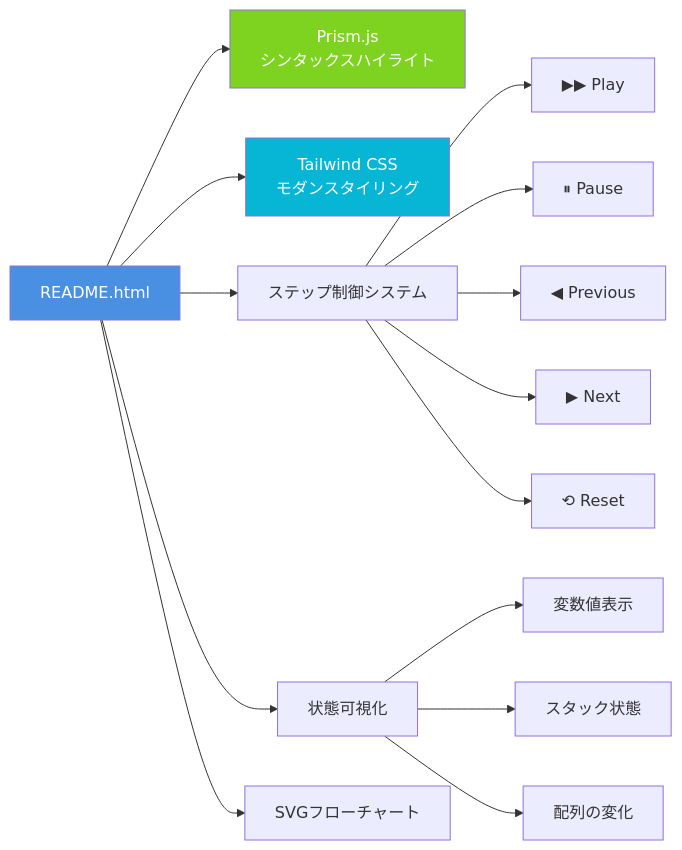
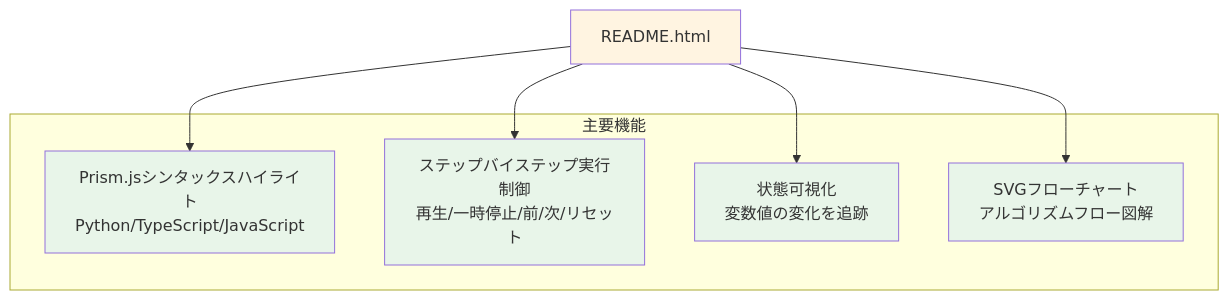
One commit to myoshi2891/Algorithm-DataStructures-Math-SQL changed the sixth of 11 diagrams in README.md. Above: the diagram before and after it, drawn with Mermaid. The commit also changed other lines of this file, not shown here.

````diff
--- a/README.md
+++ b/README.md
@@ -501,22 +317,22 @@
 ```mermaid
-graph LR
-    HTML[README.html] --> Prism[Prism.js<br/>シンタックスハイライト]
-    HTML --> Tailwind[Tailwind CSS<br/>モダンスタイリング]
-    HTML --> Steps[ステップ制御システム]
-    HTML --> State[状態可視化]
-    HTML --> Flow[SVGフローチャート]
-
-    Steps --> Play[▶▶ Play]
-    Steps --> Pause[⏸ Pause]
-    Steps --> Prev[◀ Previous]
-    Steps --> Next[▶ Next]
-    Steps --> Reset[⟲ Reset]
-
-    State --> Vars[変数値表示]
-    State --> Stack[スタック状態]
-    State --> Array[配列の変化]
-
-    style HTML fill:#4A90E2,color:#fff
-    style Prism fill:#7ED321,color:#fff
-    style Tailwind fill:#06B6D4,color:#fff
+graph TB
+    HTML[README.html]
+    
+    subgraph Features[主要機能]
+        S1[Prism.jsシンタックスハイライト<br/>Python/TypeScript/JavaScript]
+        S2[ステップバイステップ実行制御<br/>再生/一時停止/前/次/リセット]
+        S3[状態可視化<br/>変数値の変化を追跡]
+        S4[SVGフローチャート<br/>アルゴリズムフロー図解]
+    end
+    
+    HTML --> S1
+    HTML --> S2
+    HTML --> S3
+    HTML --> S4
+    
+    style HTML fill:#fff4e1
+    style S1 fill:#e8f5e9
+    style S2 fill:#e8f5e9
+    style S3 fill:#e8f5e9
+    style S4 fill:#e8f5e9
 ```
````
